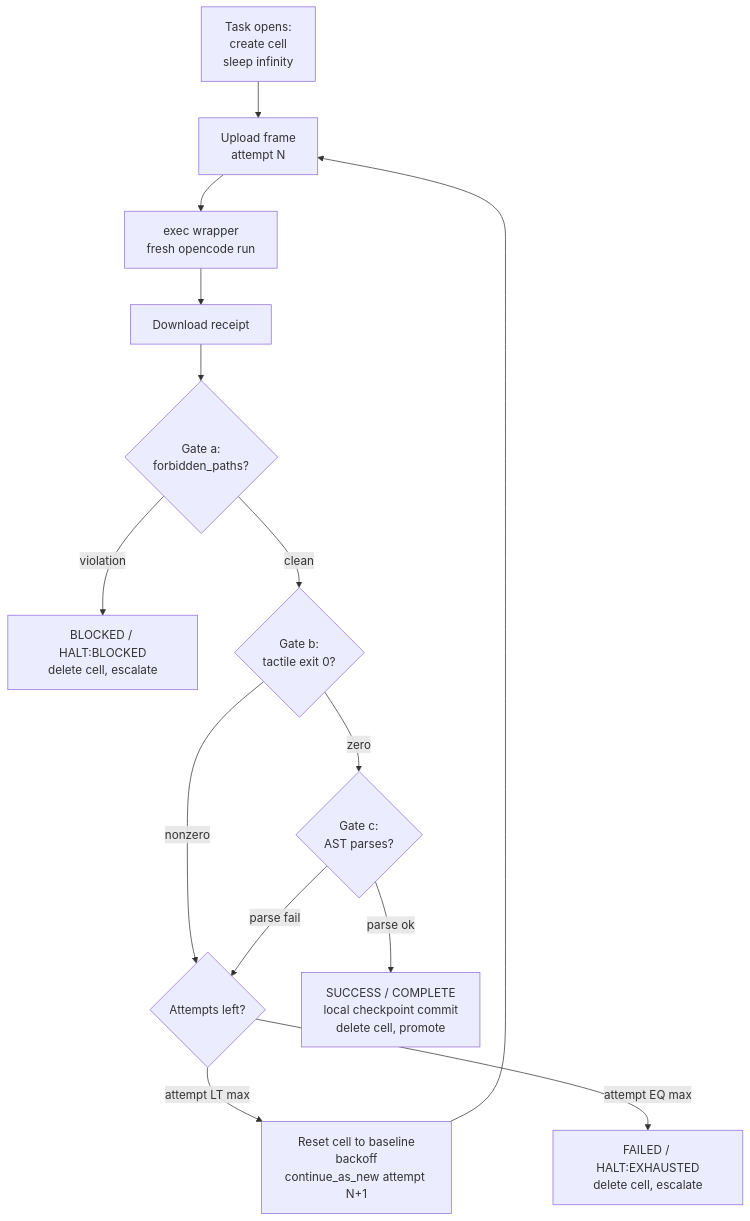
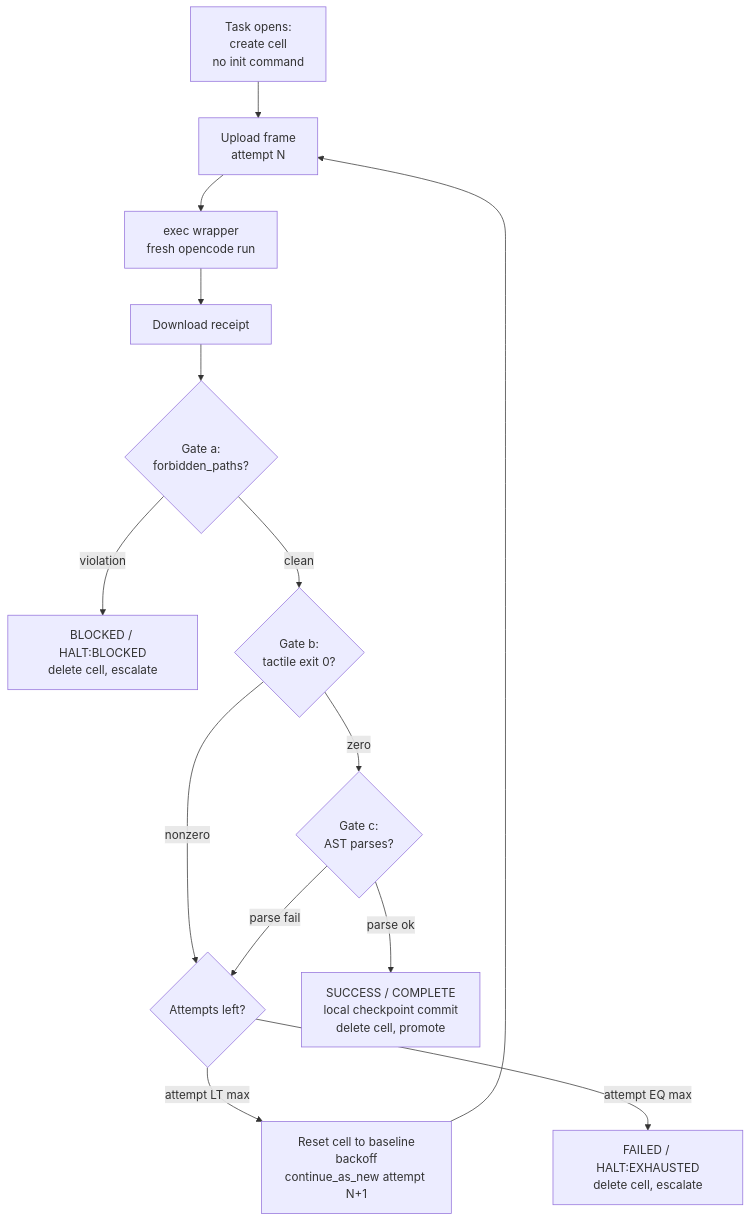
The diagram in specs/03-inner-loop.md (johwes/agentic-sdlc), drawn with Mermaid before and after one commit. The commit also changed other lines of this file and 3 other files, not shown here.

First line of the commit message:
fix(cell): command-less async create + verified upload/download spellings

````diff
--- a/specs/03-inner-loop.md
+++ b/specs/03-inner-loop.md
@@ -38,16 +39,16 @@
 ```mermaid
 flowchart TD
-    S[Task opens:<br/>create cell<br/>sleep infinity] --> A[Upload frame<br/>attempt N]
+    S[Task opens:<br/>create cell<br/>no init command] --> A[Upload frame<br/>attempt N]
     A --> C[exec wrapper<br/>fresh opencode run]
     C --> D[Download receipt]
     D --> E{Gate a:<br/>forbidden_paths?}
     E -->|violation| Z1[BLOCKED / HALT:BLOCKED<br/>delete cell, escalate]
     E -->|clean| F{Gate b:<br/>tactile exit 0?}
     F -->|nonzero| G{Attempts left?}
     F -->|zero| H{Gate c:<br/>AST parses?}
     H -->|parse fail| G
     H -->|parse ok| Z2[SUCCESS / COMPLETE<br/>local checkpoint commit<br/>delete cell, promote]
     G -->|attempt LT max| R[Reset cell to baseline<br/>backoff<br/>continue_as_new attempt N+1]
     G -->|attempt EQ max| Z3[FAILED / HALT:EXHAUSTED<br/>delete cell, escalate]
     R --> A
 ```
````
